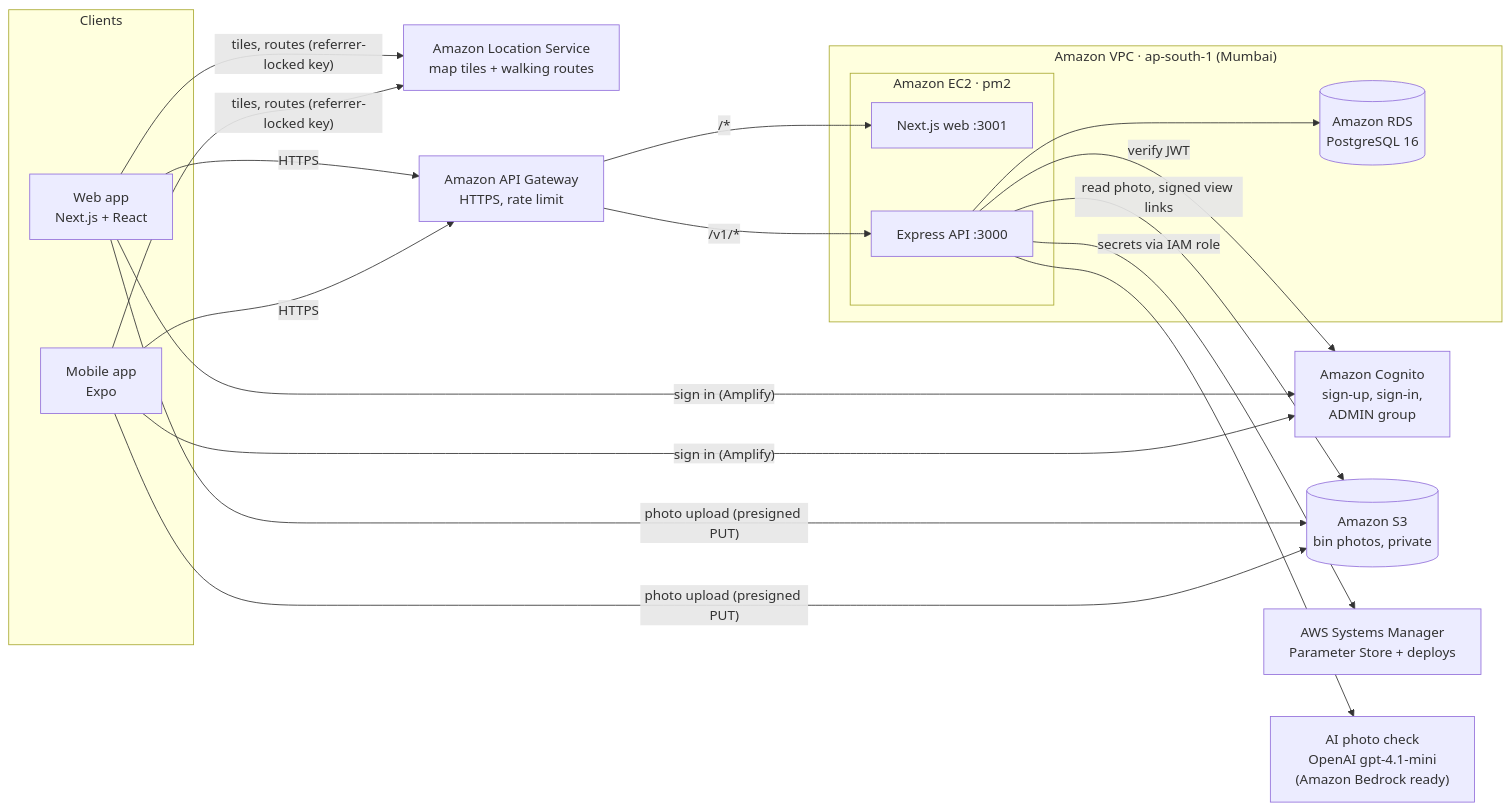
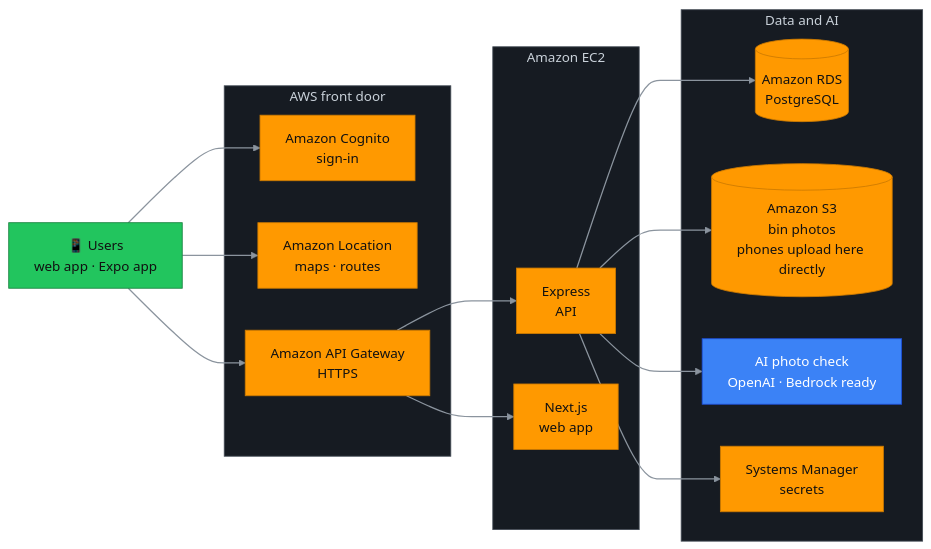
Before and after one commit to Dhirenderchoudhary/Smartbin: the first of 2 diagrams in README.md, drawn with Mermaid. The commit also changed other lines of this file, not shown here.

Commit message:
docs(readme): simpler architecture diagram and add Sudo to contributors
The architecture diagram is now one Users node and four columns (front door,
server, data and AI) with nine unlabelled arrows instead of ~18 crossing
labelled lines. Adds Sudo (code review, demo video) to the contributors table.

````diff
--- a/README.md
+++ b/README.md
@@ -46,35 +48,43 @@
 ```mermaid
 flowchart LR
-    subgraph Clients
-        WEB["Web app<br/>Next.js + React"]
-        APP["Mobile app<br/>Expo"]
+    U["📱 Users<br/>web app · Expo app"]
+
+    subgraph front["AWS front door"]
+        COG["Amazon Cognito<br/>sign-in"]
+        LOC["Amazon Location<br/>maps · routes"]
+        GW["Amazon API Gateway<br/>HTTPS"]
     end
 
-    COG["Amazon Cognito<br/>sign-up, sign-in,<br/>ADMIN group"]
-    LOC["Amazon Location Service<br/>map tiles + walking routes"]
-    APIGW["Amazon API Gateway<br/>HTTPS, rate limit"]
-
-    subgraph VPC["Amazon VPC · ap-south-1 (Mumbai)"]
-        subgraph EC2["Amazon EC2 · pm2"]
-            NEXT["Next.js web :3001"]
-            API["Express API :3000"]
-        end
-        RDS[("Amazon RDS<br/>PostgreSQL 16")]
+    subgraph server["Amazon EC2"]
+        API["Express<br/>API"]
+        WEB["Next.js<br/>web app"]
     end
 
-    S3[("Amazon S3<br/>bin photos, private")]
-    SSM["AWS Systems Manager<br/>Parameter Store + deploys"]
-    AI["AI photo check<br/>OpenAI gpt-4.1-mini<br/>(Amazon Bedrock ready)"]
+    subgraph back["Data and AI"]
+        RDS[("Amazon RDS<br/>PostgreSQL")]
+        S3[("Amazon S3<br/>bin photos<br/>phones upload here directly")]
+        AI["AI photo check<br/>OpenAI · Bedrock ready"]
+        SSM["Systems Manager<br/>secrets"]
+    end
 
-    WEB & APP -- "sign in (Amplify)" --> COG
-    WEB & APP -- "tiles, routes (referrer-locked key)" --> LOC
-    WEB & APP -- "HTTPS" --> APIGW
-    APIGW -- "/v1/*" --> API
-    APIGW -- "/*" --> NEXT
-    WEB & APP -- "photo upload (presigned PUT)" --> S3
-    API -- "verify JWT" --> COG
+    U --> COG
+    U --> LOC
+    U --> GW
+    GW --> WEB
+    GW --> API
     API --> RDS
-    API -- "read photo, signed view links" --> S3
+    API --> S3
     API --> AI
-    API -- "secrets via IAM role" --> SSM
+    API --> SSM
+
+    linkStyle default stroke:#8b949e,stroke-width:1.5px
+
+    classDef aws fill:#ff9900,stroke:#cc7a00,color:#111
+    classDef other fill:#3b82f6,stroke:#1d4ed8,color:#fff
+    classDef users fill:#22c55e,stroke:#15803d,color:#111
+    classDef group fill:#161b22,stroke:#444c56,color:#c9d1d9
+    class COG,GW,LOC,WEB,API,RDS,S3,SSM aws
+    class AI other
+    class U users
+    class front,server,back group
 ```
````
